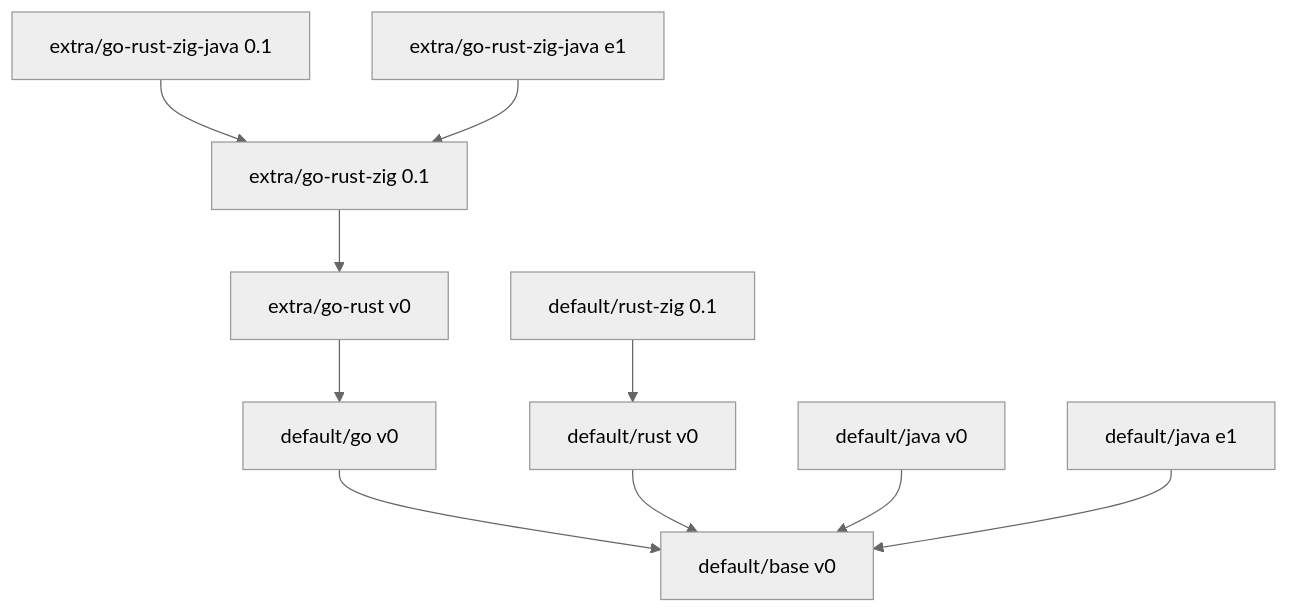
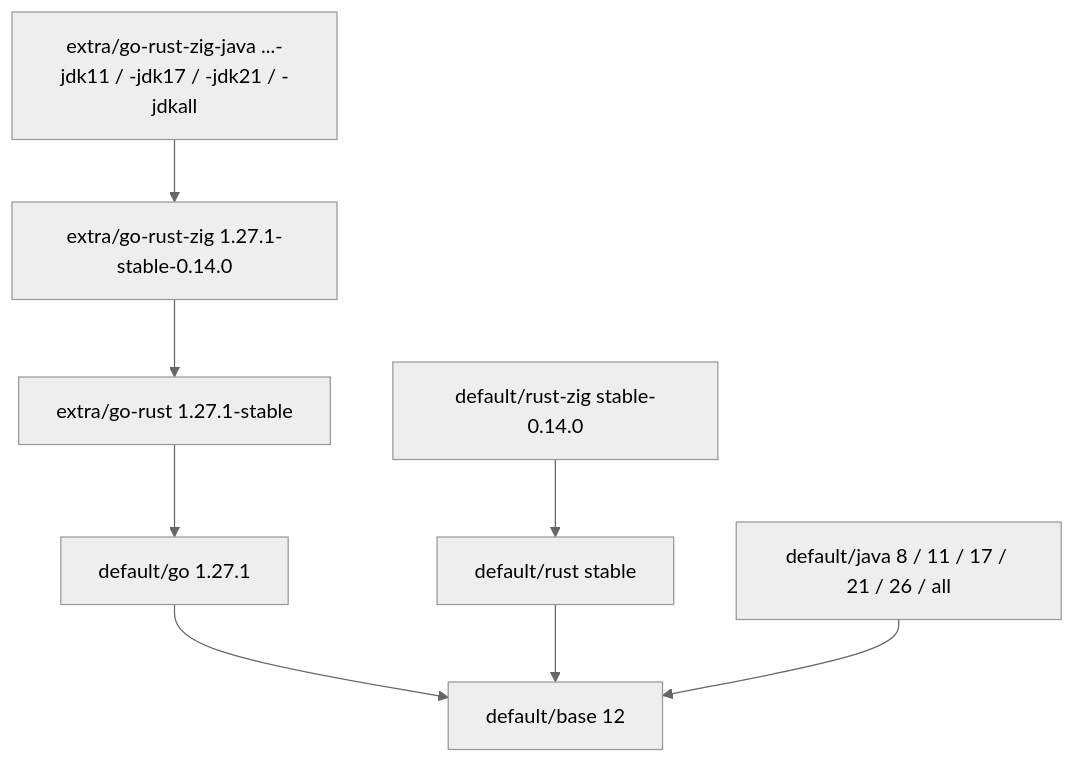
Before and after one commit to alexundros/agents-docker-images: the diagram in README.md, drawn with Mermaid (neutral theme). The commit also changed other lines of this file and 38 other files, not shown here.

````diff
--- a/README.md
+++ b/README.md
@@ -40,13 +51,11 @@
 ```mermaid
 graph TD
-    base["default/base v0"]
-    go["default/go v0"] --> base
-    rust["default/rust v0"] --> base
-    zig["default/rust-zig 0.1"] --> rust
-    java["default/java v0"] --> base
-    javae1["default/java e1"] --> base
-    gr["extra/go-rust v0"] --> go
-    grz["extra/go-rust-zig 0.1"] --> gr
-    grzj["extra/go-rust-zig-java 0.1"] --> grz
-    grzje1["extra/go-rust-zig-java e1"] --> grz
+    base["default/base 12"]
+    go["default/go 1.27.1"] --> base
+    rust["default/rust stable"] --> base
+    zig["default/rust-zig stable-0.14.0"] --> rust
+    jdk["default/java 8 / 11 / 17 / 21 / 26 / all"] --> base
+    gr["extra/go-rust 1.27.1-stable"] --> go
+    grz["extra/go-rust-zig 1.27.1-stable-0.14.0"] --> gr
+    grzj["extra/go-rust-zig-java ...-jdk11 / -jdk17 / -jdk21 / -jdkall"] --> grz
 ```
````
